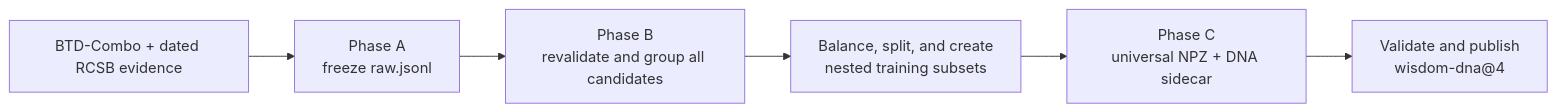
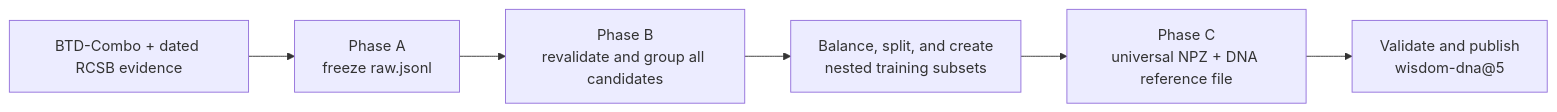
The first of 4 diagrams in README.md (Davimity/WISDOM), drawn with Mermaid before and after one commit. The commit also changed other lines of this file and 2012 other files, not shown here.

````diff
--- a/README.md
+++ b/README.md
@@ -308,8 +324,8 @@
 ```mermaid
 flowchart LR
     A["BTD-Combo + dated RCSB evidence"] --> B["Phase A<br/>freeze raw.jsonl"]
     B --> C["Phase B<br/>revalidate and group all candidates"]
     C --> D["Balance, split, and create<br/>nested training subsets"]
-    D --> E["Phase C<br/>universal NPZ + DNA sidecar"]
-    E --> F["Validate and publish<br/>wisdom-dna@4"]
+    D --> E["Phase C<br/>universal NPZ + DNA reference file"]
+    E --> F["Validate and publish<br/>wisdom-dna@5"]
 ```
````
